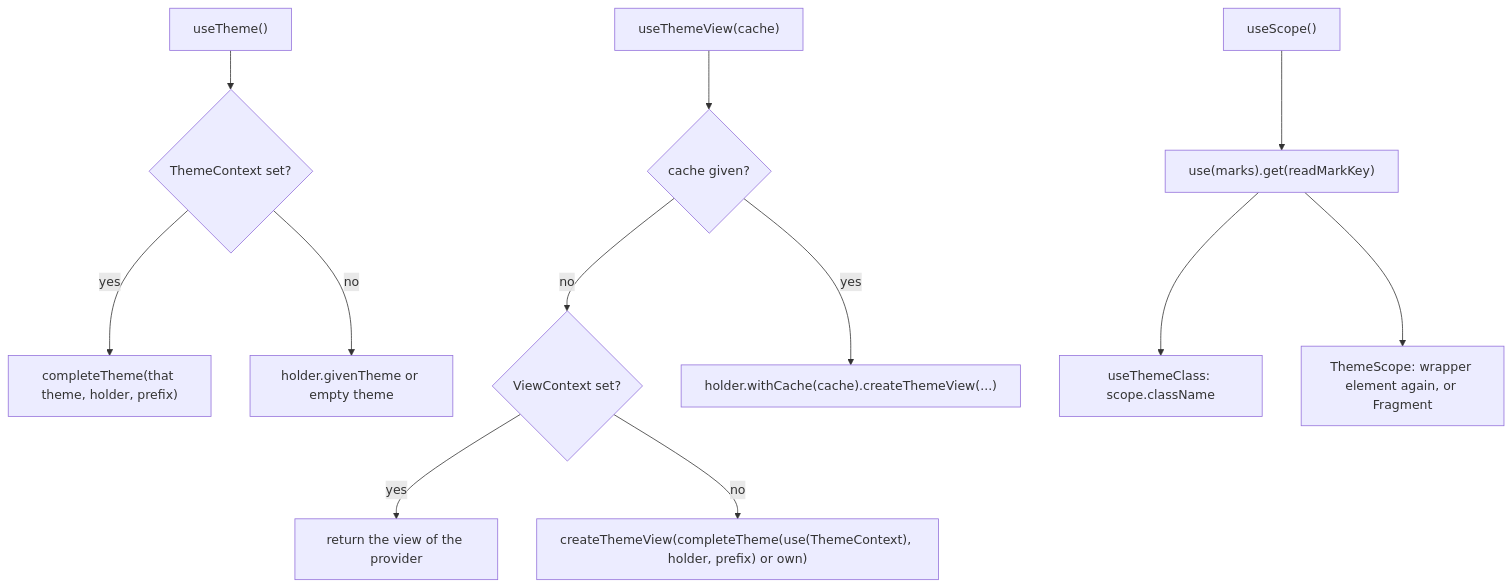
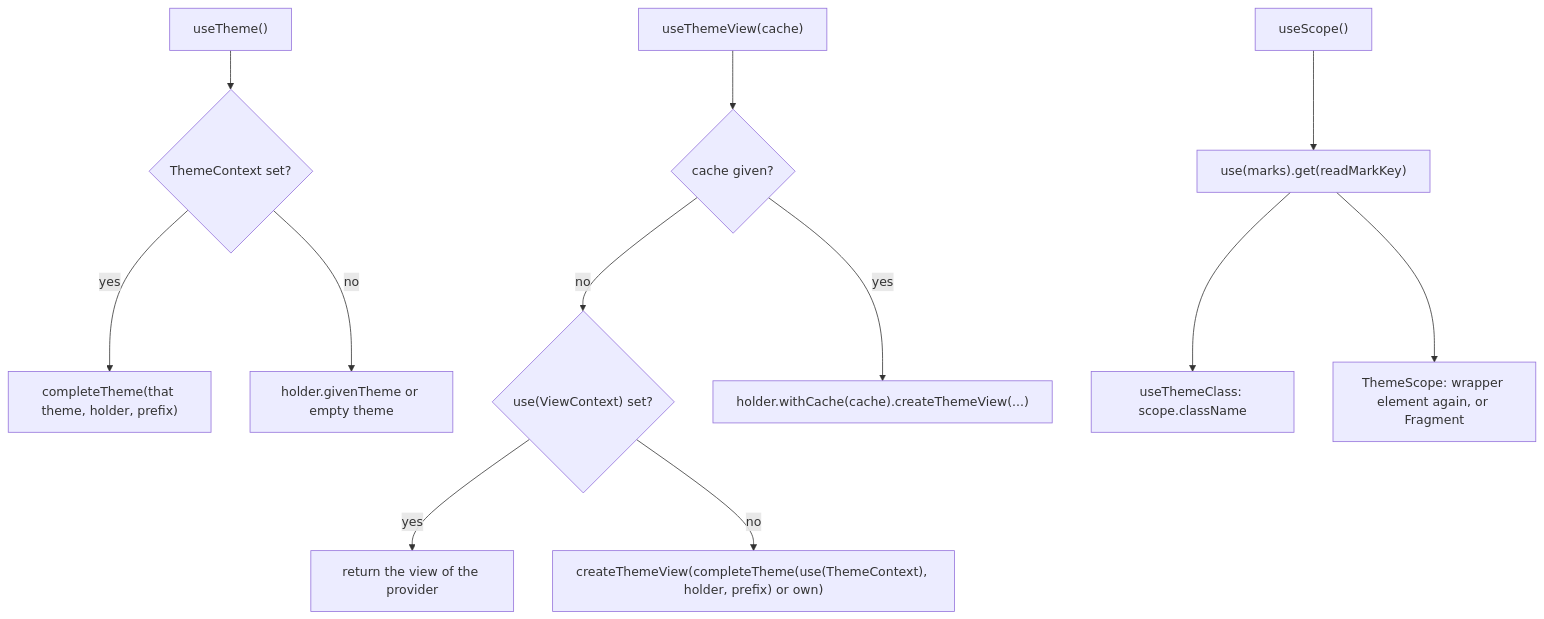
The diagram in packages/react/src/ThemeValue.md (soroush-tech/umber-style), drawn with Mermaid before and after one commit. The commit also changed other lines of this file and 80 other files, not shown here.

````diff
--- a/packages/react/src/ThemeValue.md
+++ b/packages/react/src/ThemeValue.md
@@ -20,14 +20,14 @@
 ```mermaid
 flowchart TD
   useTheme["useTheme()"] --> ctx{"ThemeContext set?"}
   ctx -->|yes| real["completeTheme(that theme, holder, prefix)"]
   ctx -->|no| own["holder.givenTheme or empty theme"]
   view["useThemeView(cache)"] --> local{"cache given?"}
-  local -->|no| viewctx{"ViewContext set?"}
+  local -->|no| viewctx{"use(ViewContext) set?"}
   viewctx -->|yes| given["return the view of the provider"]
   viewctx -->|no| build["createThemeView(completeTheme(use(ThemeContext), holder, prefix) or own)"]
   local -->|yes| build2["holder.withCache(cache).createThemeView(...)"]
   scope["useScope()"] --> marks["use(marks).get(readMarkKey)"]
   marks --> cls["useThemeClass: scope.className"]
   marks --> wrap["ThemeScope: wrapper element again, or Fragment"]
 ```
````
